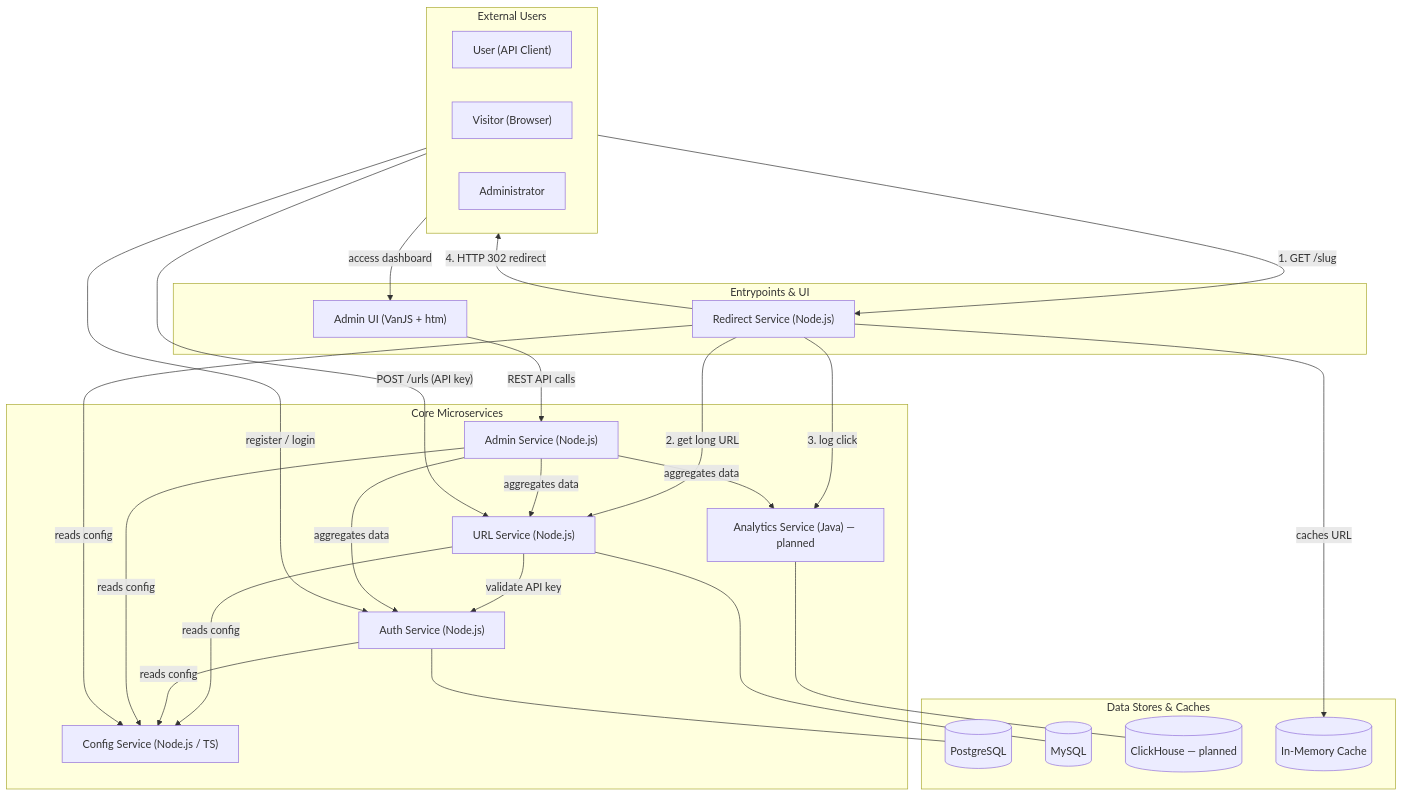
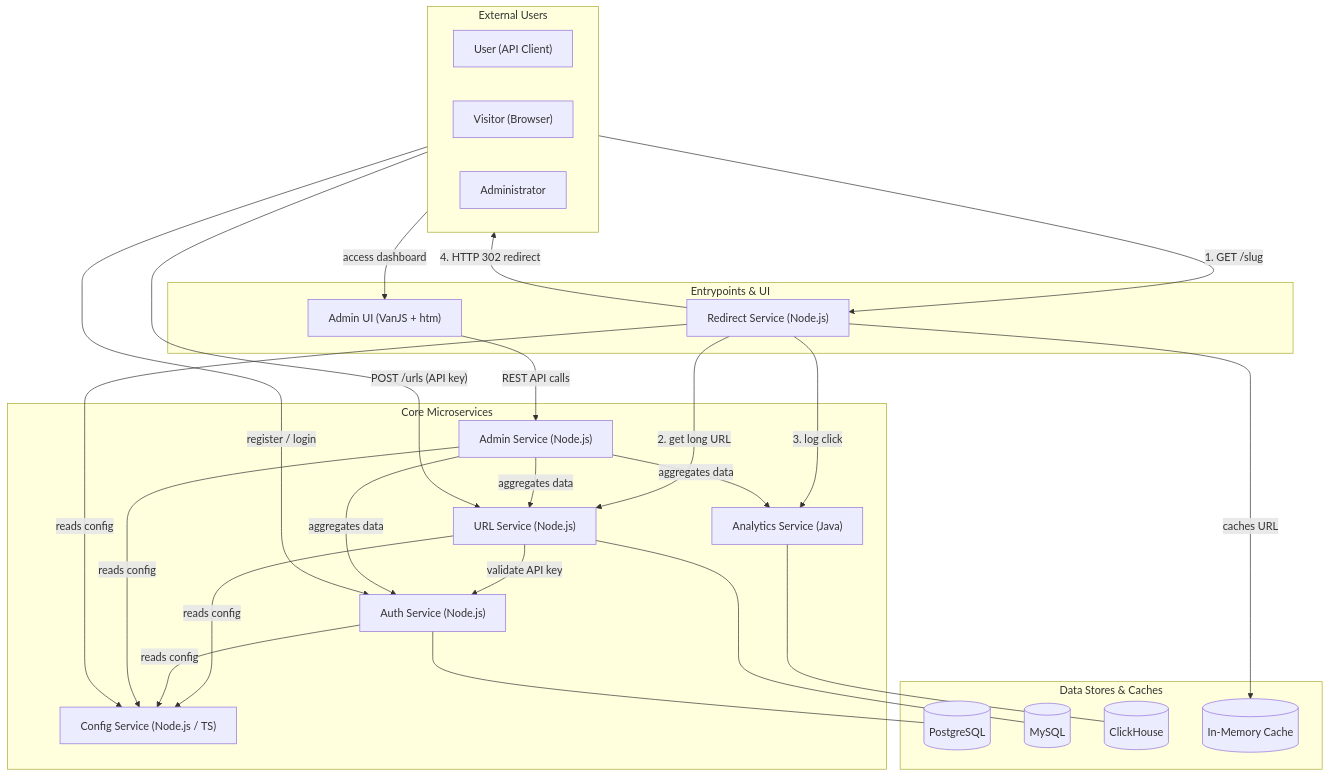
The diagram in README.md (PXL-Digital-Application-Samples/microshort), drawn with Mermaid before and after one commit. The commit also changed other lines of this file and 3 other files, not shown here.

Commit message:
feat: update documentation for completed milestones and analytics service implementation

````diff
--- a/README.md
+++ b/README.md
@@ -25,44 +25,44 @@
 ```mermaid
 flowchart TD
   subgraph subGraph0["External Users"]
     direction LR
     User["User (API Client)"]
     Visitor["Visitor (Browser)"]
     Admin["Administrator"]
   end
   subgraph subGraph1["Entrypoints & UI"]
     RedirectService["Redirect Service (Node.js)"]
     AdminUI["Admin UI (VanJS + htm)"]
   end
   subgraph subGraph2["Core Microservices"]
     AuthService["Auth Service (Node.js)"]
     URLService["URL Service (Node.js)"]
-    AnalyticsService["Analytics Service (Java) — planned"]
+    AnalyticsService["Analytics Service (Java)"]
     AdminService["Admin Service (Node.js)"]
     ConfigService["Config Service (Node.js / TS)"]
   end
   subgraph subGraph3["Data Stores & Caches"]
     PostgresDB[("PostgreSQL")]
     MySQLDB[("MySQL")]
-    ClickHouseDB[("ClickHouse — planned")]
+    ClickHouseDB[("ClickHouse")]
     Cache[("In-Memory Cache")]
   end
   Visitor -->|"1. GET /slug"| RedirectService
   RedirectService -->|"2. get long URL"| URLService
   RedirectService -->|"caches URL"| Cache
   RedirectService -->|"3. log click"| AnalyticsService
   RedirectService -->|"4. HTTP 302 redirect"| Visitor
   User -->|"register / login"| AuthService
   User -->|"POST /urls (API key)"| URLService
   URLService -->|"validate API key"| AuthService
   Admin -->|"access dashboard"| AdminUI
   AdminUI -->|"REST API calls"| AdminService
   AuthService --- PostgresDB
   URLService --- MySQLDB
   AnalyticsService --- ClickHouseDB
   AdminService -->|"aggregates data"| URLService & AuthService & AnalyticsService
   URLService -->|"reads config"| ConfigService
   AuthService -->|"reads config"| ConfigService
   AdminService -->|"reads config"| ConfigService
   RedirectService -->|"reads config"| ConfigService
 ```
````
